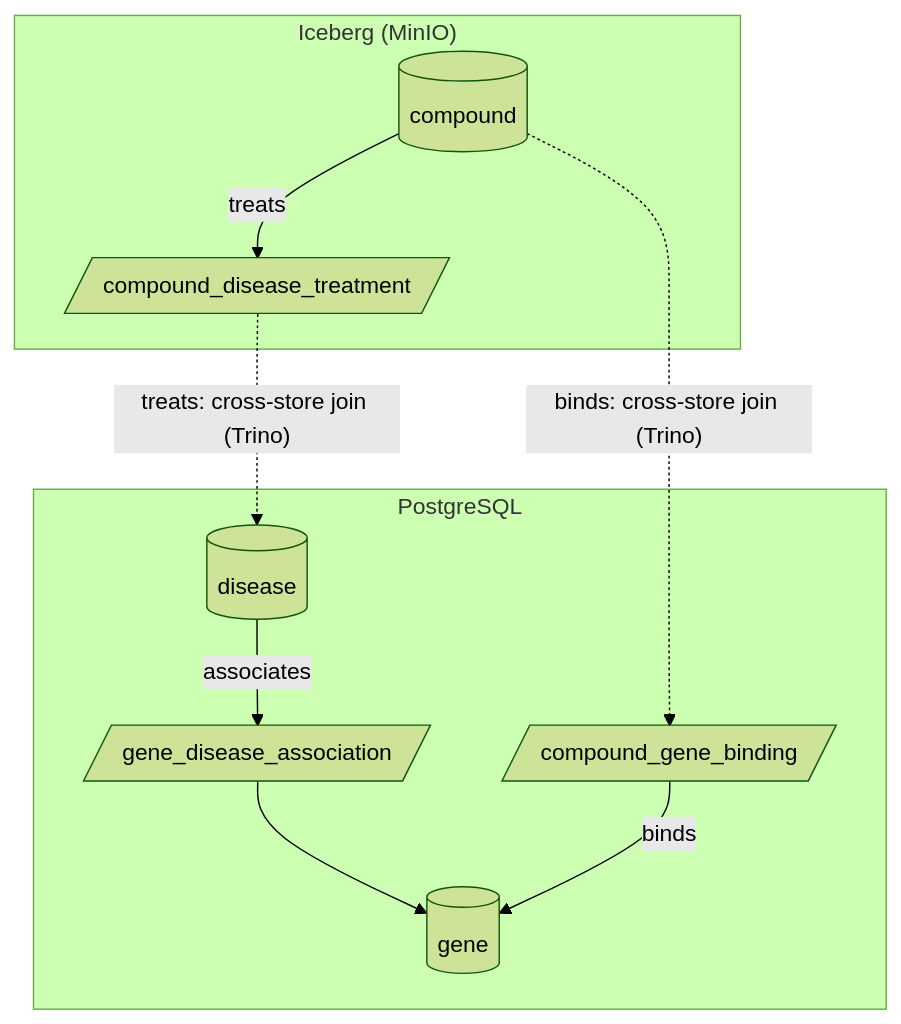
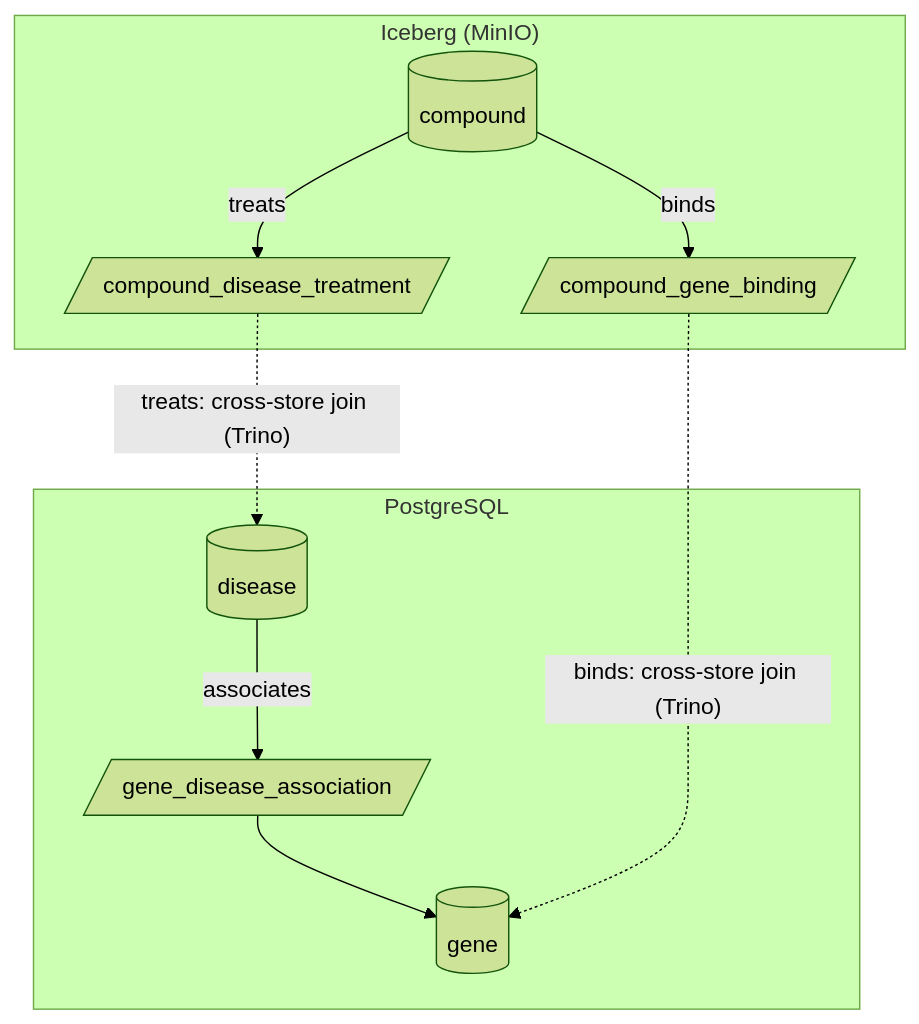
Before and after one commit to joseph-higaki/virtual-knowledge-graph-connectivity: the third of 3 diagrams in README.md, drawn with Mermaid (forest theme). The commit also changed other lines of this file and 7 other files, not shown here.

First line of the commit message:
refactor: entity-semantic edge columns + compound_gene_binding → Iceberg

````diff
--- a/README.md
+++ b/README.md
@@ -137,19 +142,19 @@
 ```mermaid
 flowchart TB
     subgraph PG["PostgreSQL"]
         gene[("gene")]
         disease[("disease")]
         gene_disease_association[/"gene_disease_association"/]
-        compound_gene_binding[/"compound_gene_binding"/]
     end
     subgraph ICE["Iceberg (MinIO)"]
         compound[("compound")]
+        compound_gene_binding[/"compound_gene_binding"/]
         compound_disease_treatment[/"compound_disease_treatment"/]
     end
 
     disease -->|associates| gene_disease_association --> gene
-    compound_gene_binding -->|binds| gene
-    compound -.->|"binds: cross-store join (Trino)"| compound_gene_binding
+    compound -->|binds| compound_gene_binding
+    compound_gene_binding -.->|"binds: cross-store join (Trino)"| gene
     compound -->|treats| compound_disease_treatment
     compound_disease_treatment -.->|"treats: cross-store join (Trino)"| disease
 ```
````
